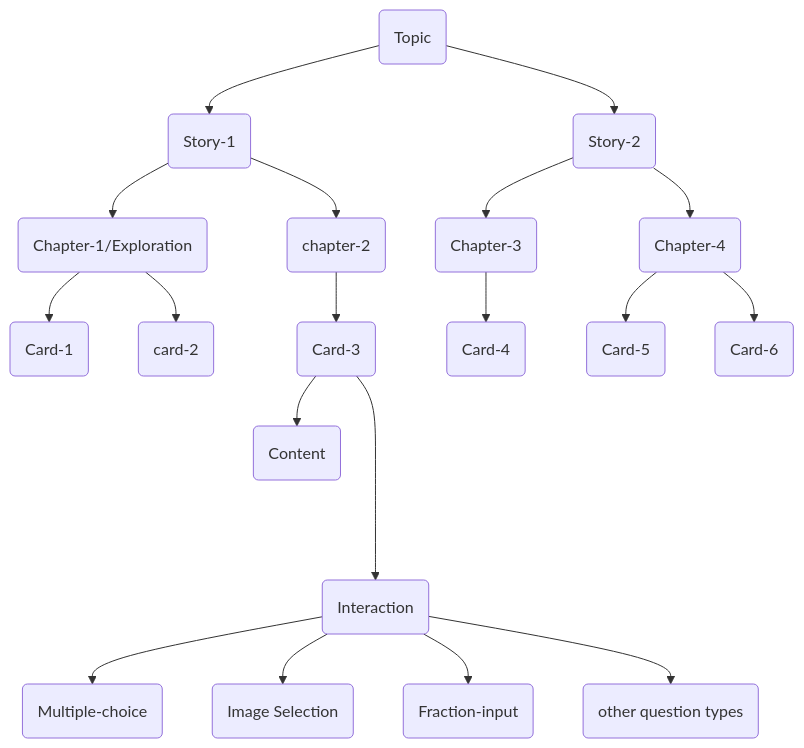
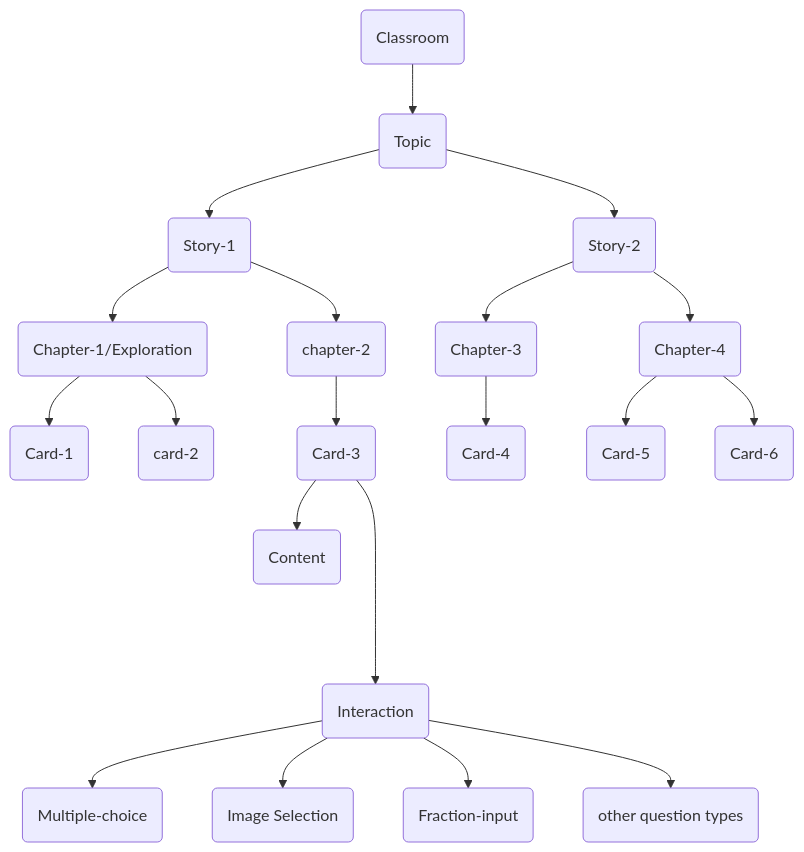
One commit to oppia/oppia-web-developer-docs changed the diagram in How-to-access-Oppia-webpages.md. Above: the diagram before and after it, drawn with Mermaid. The commit also changed other lines of this file, not shown here.

````diff
--- a/How-to-access-Oppia-webpages.md
+++ b/How-to-access-Oppia-webpages.md
@@ -51,21 +51,22 @@
 ```mermaid
 flowchart TD
+C("Classroom")--> T("Topic")
 T("Topic") --> S1("Story-1")
 T --> S2("Story-2")
 S1 --> C1("Chapter-1/Exploration")
 C1 --> c1("Card-1")
 C1 --> c2("card-2")
 S1 --> C2("chapter-2")
 C2 --> c3("Card-3")
 c3 --> co("Content")
 c3 ----> in("Interaction")
 in --> mc("Multiple-choice")
 in --> is("Image Selection")
 in --> fi("Fraction-input")
 in --> oqt("other question types")
 S2 --> C3("Chapter-3")
 S2 --> C4("Chapter-4")
 C3 --> c4("Card-4")
 C4 --> c5("Card-5")
 C4 --> c6("Card-6")
 ```
````
